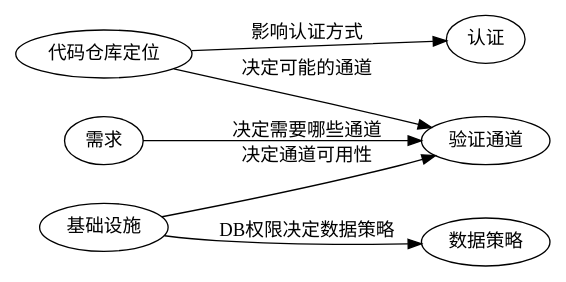
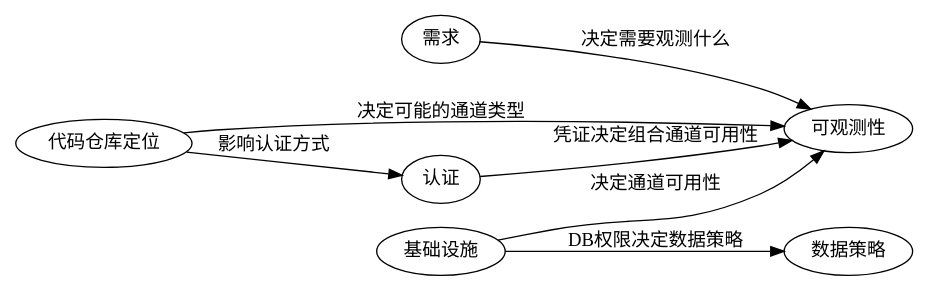
One commit to dannnney/echo-tdd changed the diagram in skills/testability/dimensions.md. Above: the diagram before and after it, drawn with Graphviz. The commit also changed other lines of this file and 10 other files, not shown here.

````diff
--- a/skills/testability/dimensions.md
+++ b/skills/testability/dimensions.md
@@ -342,10 +416,11 @@
 ```dot
 digraph dependencies {
     rankdir=LR;
-    "代码仓库定位" -> "验证通道" [label="决定可能的通道"];
-    "基础设施" -> "验证通道" [label="决定通道可用性"];
+    "代码仓库定位" -> "可观测性" [label="决定可能的通道类型"];
+    "基础设施" -> "可观测性" [label="决定通道可用性"];
     "基础设施" -> "数据策略" [label="DB权限决定数据策略"];
     "代码仓库定位" -> "认证" [label="影响认证方式"];
-    "需求" -> "验证通道" [label="决定需要哪些通道"];
+    "需求" -> "可观测性" [label="决定需要观测什么"];
+    "认证" -> "可观测性" [label="凭证决定组合通道可用性"];
 }
 ```
````
